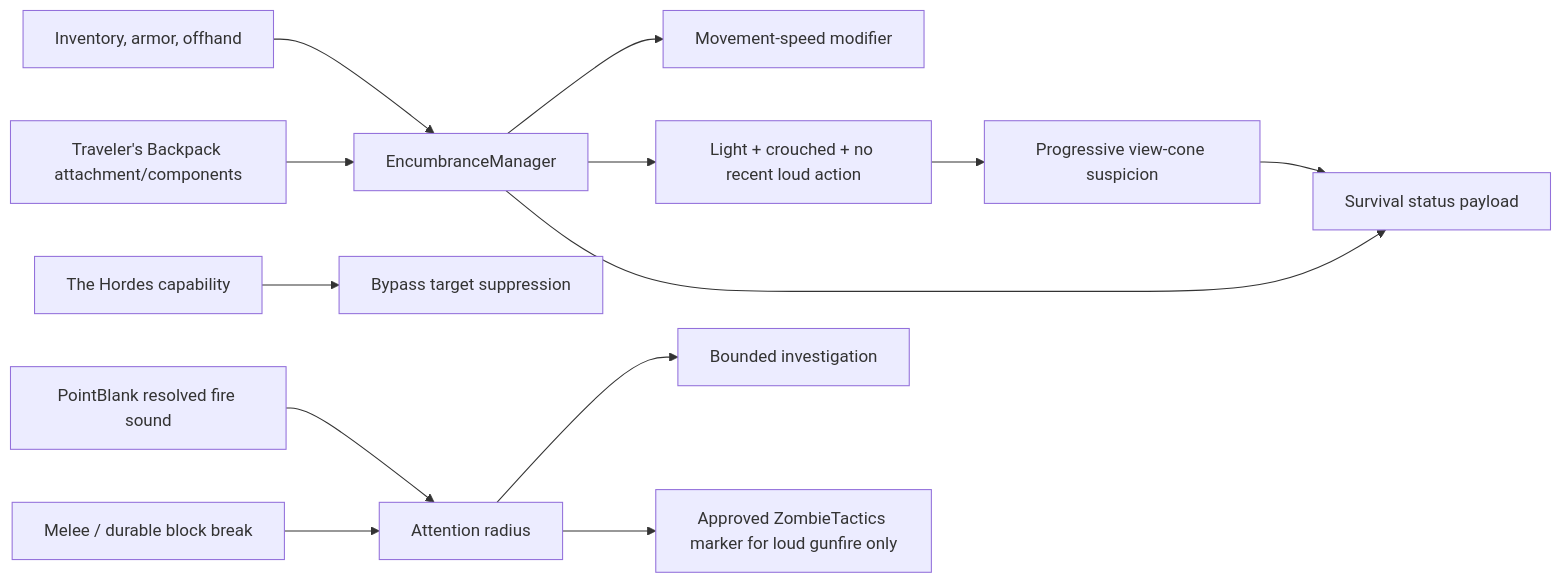
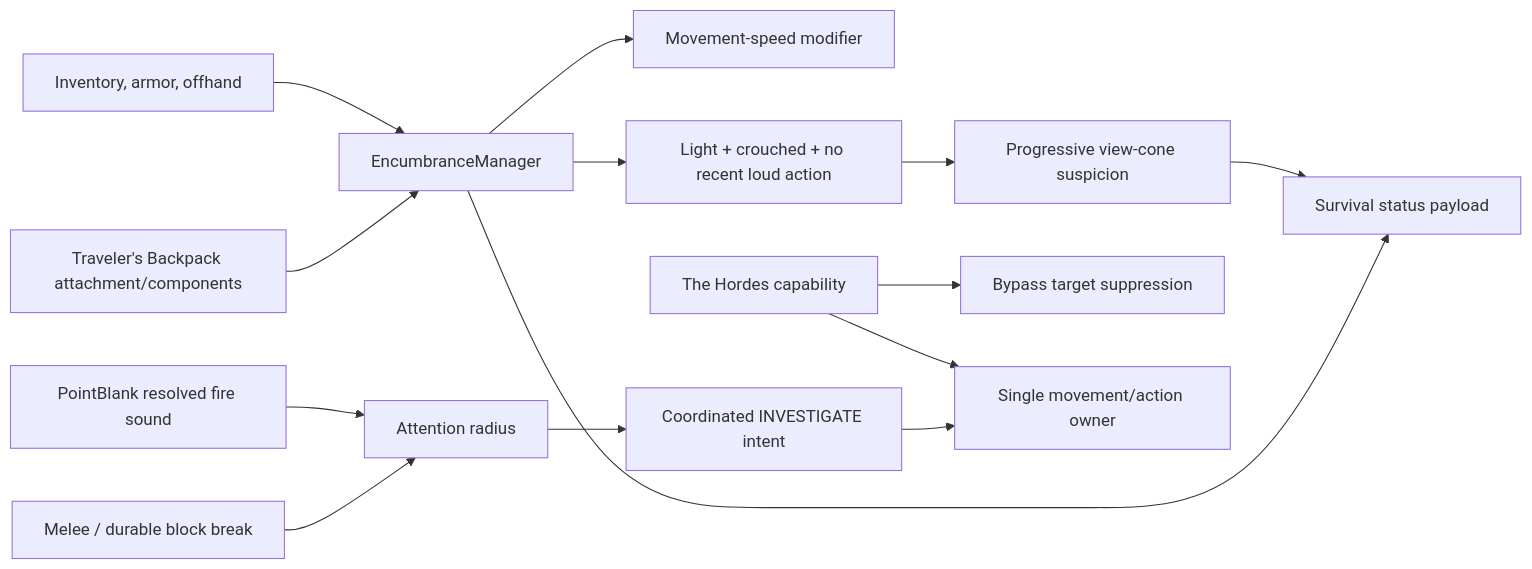
Before and after one commit to gev414/biohazard: the fifth of 5 diagrams in docs/architecture.md, drawn with Mermaid. The commit also changed other lines of this file and 59 other files, not shown here.

````diff
--- a/docs/architecture.md
+++ b/docs/architecture.md
@@ -612,15 +614,16 @@
 ```mermaid
 flowchart LR
     I["Inventory, armor, offhand"] --> W["EncumbranceManager"]
     TB["Traveler's Backpack attachment/components"] --> W
     W --> M["Movement-speed modifier"]
     W --> Q["Light + crouched + no recent loud action"]
     Q --> A["Progressive view-cone suspicion"]
     H["The Hordes capability"] --> B["Bypass target suppression"]
     G["PointBlank resolved fire sound"] --> N["Attention radius"]
     D["Melee / durable block break"] --> N
-    N --> Z["Bounded investigation"]
-    N --> T["Approved ZombieTactics marker for loud gunfire only"]
+    N --> Z["Coordinated INVESTIGATE intent"]
+    H --> C["Coordinated HUNT intent"]
+    Z --> C["Single movement/action owner"]
     A --> P["Survival status payload"]
     W --> P
 ```
````
